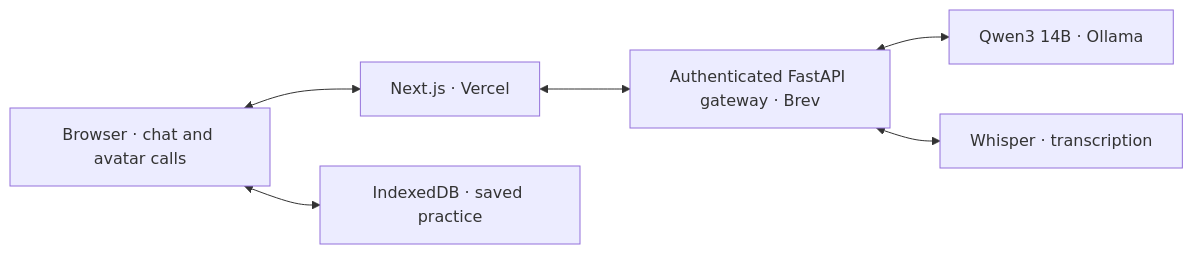
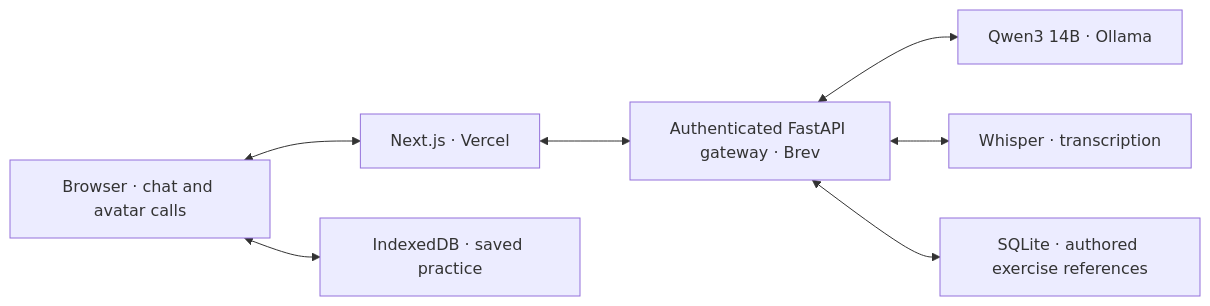
One commit to darau77/clearroom changed the diagram in README.md. Above: the diagram before and after it, drawn with Mermaid. The commit also changed other lines of this file and 468 other files, not shown here.

````diff
--- a/README.md
+++ b/README.md
@@ -72,8 +84,9 @@
 ```mermaid
 flowchart LR
     Browser["Browser · chat and avatar calls"] <--> Web["Next.js · Vercel"]
     Web <--> API["Authenticated FastAPI gateway · Brev"]
     API <--> Model["Qwen3 14B · Ollama"]
     API <--> Voice["Whisper · transcription"]
+    API <--> Bank["SQLite · authored exercise references"]
     Browser <--> Progress["IndexedDB · saved practice"]
 ```
````
